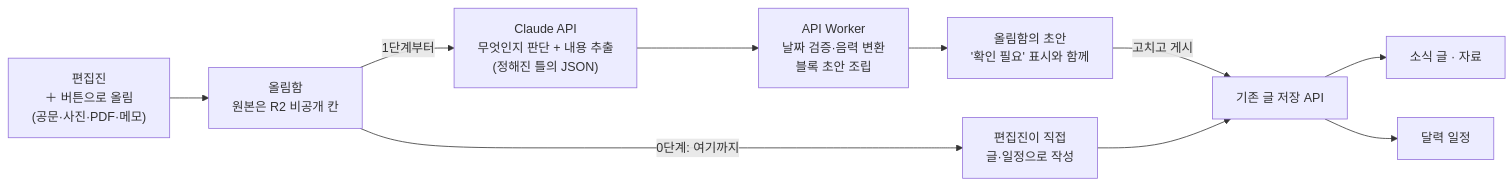
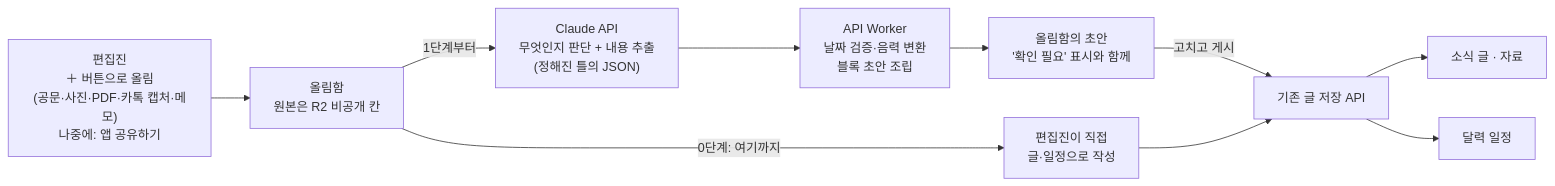
Before and after one commit to Moakro/jsbeob: the first of 2 diagrams in docs/design/ai-intake.md, drawn with Mermaid. The commit also changed other lines of this file, not shown here.

Commit message:
docs(design): 카톡 대화 캡처 입력, 앱 공유하기 입구(후속 단계) 반영

````diff
--- a/docs/design/ai-intake.md
+++ b/docs/design/ai-intake.md
@@ -15,12 +16,12 @@
 ```mermaid
 flowchart LR
-  A["편집진<br>＋ 버튼으로 올림<br>(공문·사진·PDF·메모)"] --> B["올림함<br>원본은 R2 비공개 칸"]
+  A["편집진<br>＋ 버튼으로 올림<br>(공문·사진·PDF·카톡 캡처·메모)<br>나중에: 앱 공유하기"] --> B["올림함<br>원본은 R2 비공개 칸"]
   B -->|0단계: 여기까지| M["편집진이 직접<br>글·일정으로 작성"]
   B -->|1단계부터| C["Claude API<br>무엇인지 판단 + 내용 추출<br>(정해진 틀의 JSON)"]
   C --> D["API Worker<br>날짜 검증·음력 변환<br>블록 초안 조립"]
   D --> E["올림함의 초안<br>'확인 필요' 표시와 함께"]
   E -->|고치고 게시| F[기존 글 저장 API]
   M --> F
   F --> G[소식 글 · 자료]
   F --> H[달력 일정]
 ```
````
